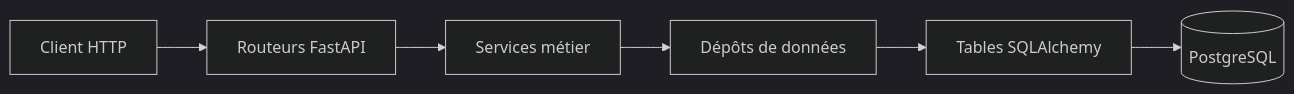
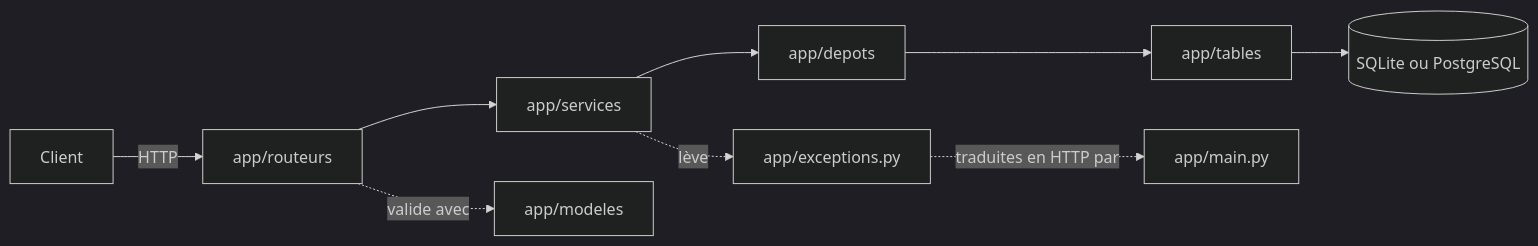
One commit to Hugo-Lourenco/api-jeu-reprise-tp changed the diagram in README.md. Above: the diagram before and after it, drawn with Mermaid (dark theme). The commit also changed other lines of this file, not shown here.

````diff
--- a/README.md
+++ b/README.md
@@ -102,8 +101,11 @@
 ```mermaid
 flowchart LR
-    Client[Client HTTP] --> Routeurs[Routeurs FastAPI]
-    Routeurs --> Services[Services métier]
-    Services --> Depots[Dépôts de données]
-    Depots --> Tables[Tables SQLAlchemy]
-    Tables --> Base[(PostgreSQL)]
+    Client -->|HTTP| Routeurs[app/routeurs]
+    Routeurs --> Services[app/services]
+    Services --> Depots[app/depots]
+    Depots --> Tables[app/tables]
+    Tables --> Base[(SQLite ou PostgreSQL)]
+    Routeurs -.valide avec.-> Modeles[app/modeles]
+    Services -.lève.-> Exceptions[app/exceptions.py]
+    Exceptions -.traduites en HTTP par.-> Main[app/main.py]
 ```
````
